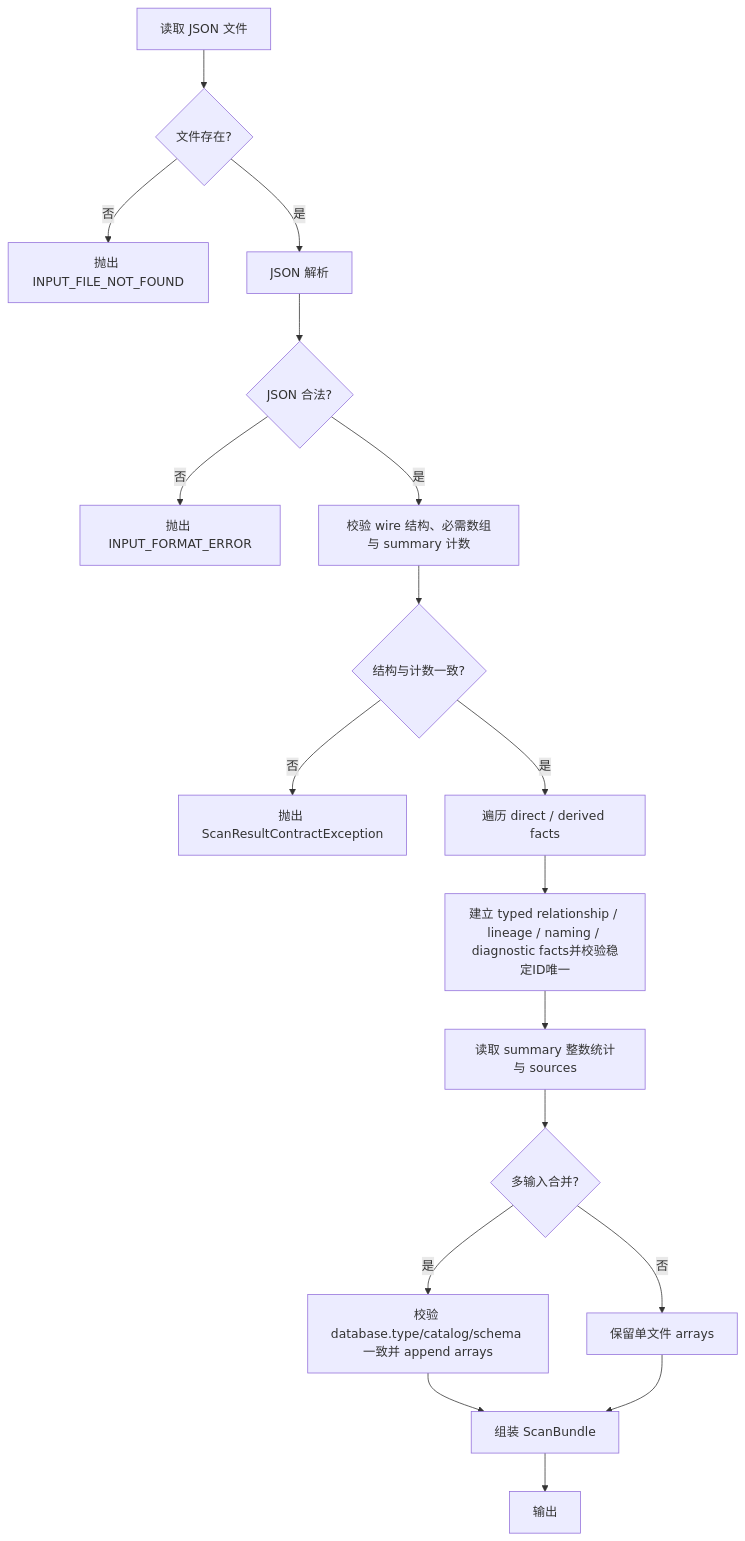
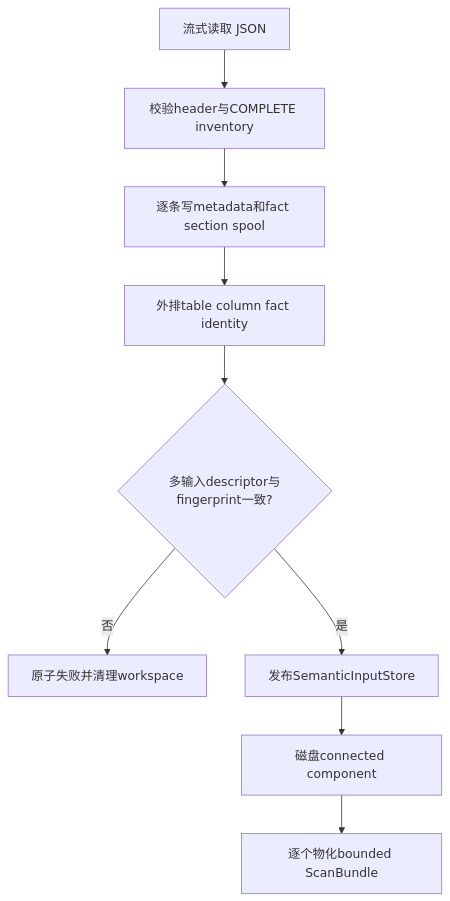
One commit to xiaoguang/relation-detector changed the first of 4 diagrams in docs/design/semantic-layer/01-scan-result-reader.md. Above: the diagram before and after it, drawn with Mermaid. The commit also changed other lines of this file and 62 other files, not shown here.

````diff
--- a/docs/design/semantic-layer/01-scan-result-reader.md
+++ b/docs/design/semantic-layer/01-scan-result-reader.md
@@ -156,20 +180,11 @@
 ```mermaid
 flowchart TD
-    A[读取 JSON 文件] --> B{文件存在?}
-    B -- 否 --> E1[抛出 INPUT_FILE_NOT_FOUND]
-    B -- 是 --> C[JSON 解析]
-    C --> D{JSON 合法?}
-    D -- 否 --> E2[抛出 INPUT_FORMAT_ERROR]
-    D -- 是 --> F[校验 wire 结构、必需数组与 summary 计数]
-    F --> G{结构与计数一致?}
-    G -- 否 --> E3[抛出 ScanResultContractException]
-    G -- 是 --> H[遍历 direct / derived facts]
-    H --> I[建立 typed relationship / lineage / naming / diagnostic facts并校验稳定ID唯一]
-    I --> J[读取 summary 整数统计与 sources]
-    J --> K{多输入合并?}
-    K -- 是 --> L[校验 database.type/catalog/schema 一致并 append arrays]
-    K -- 否 --> M[保留单文件 arrays]
-    L --> N[组装 ScanBundle]
-    M --> N
-    N --> O[输出]
+    A[流式读取 JSON] --> B[校验header与COMPLETE inventory]
+    B --> C[逐条写metadata和fact section spool]
+    C --> D[外排table column fact identity]
+    D --> E{多输入descriptor与fingerprint一致?}
+    E -- 否 --> F[原子失败并清理workspace]
+    E -- 是 --> G[发布SemanticInputStore]
+    G --> H[磁盘connected component]
+    H --> I[逐个物化bounded ScanBundle]
 ```
````
